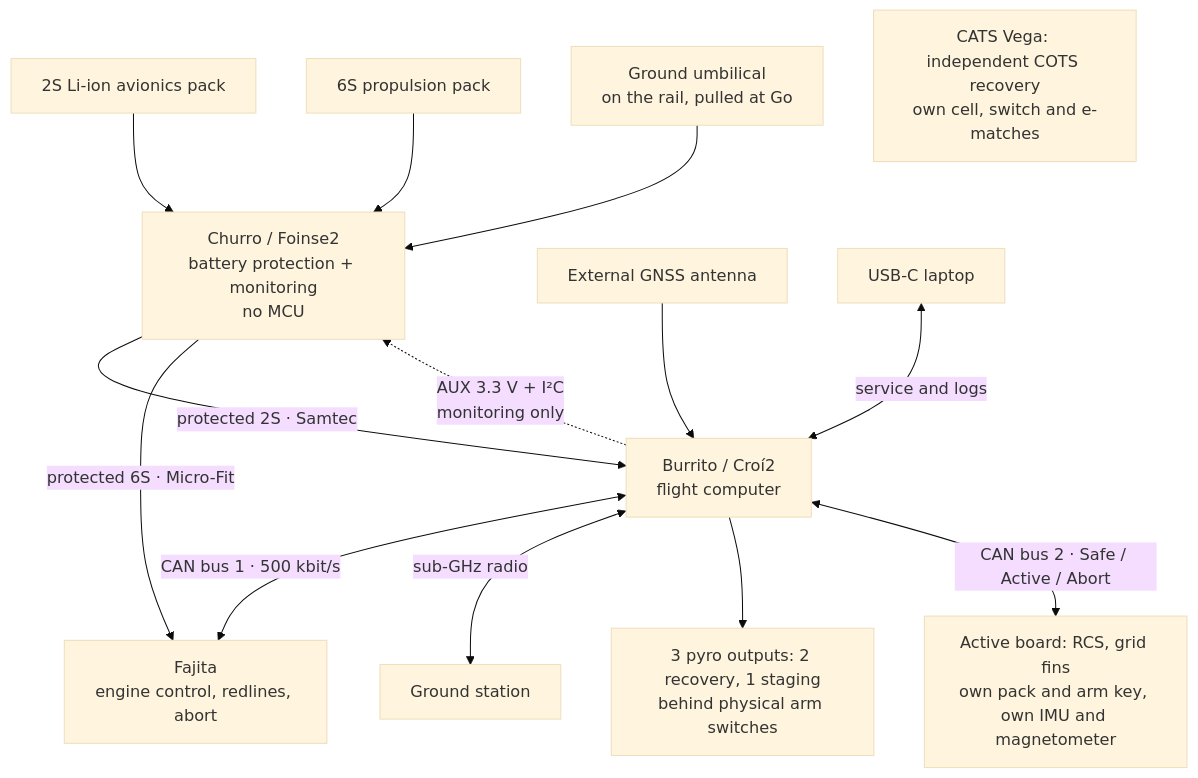
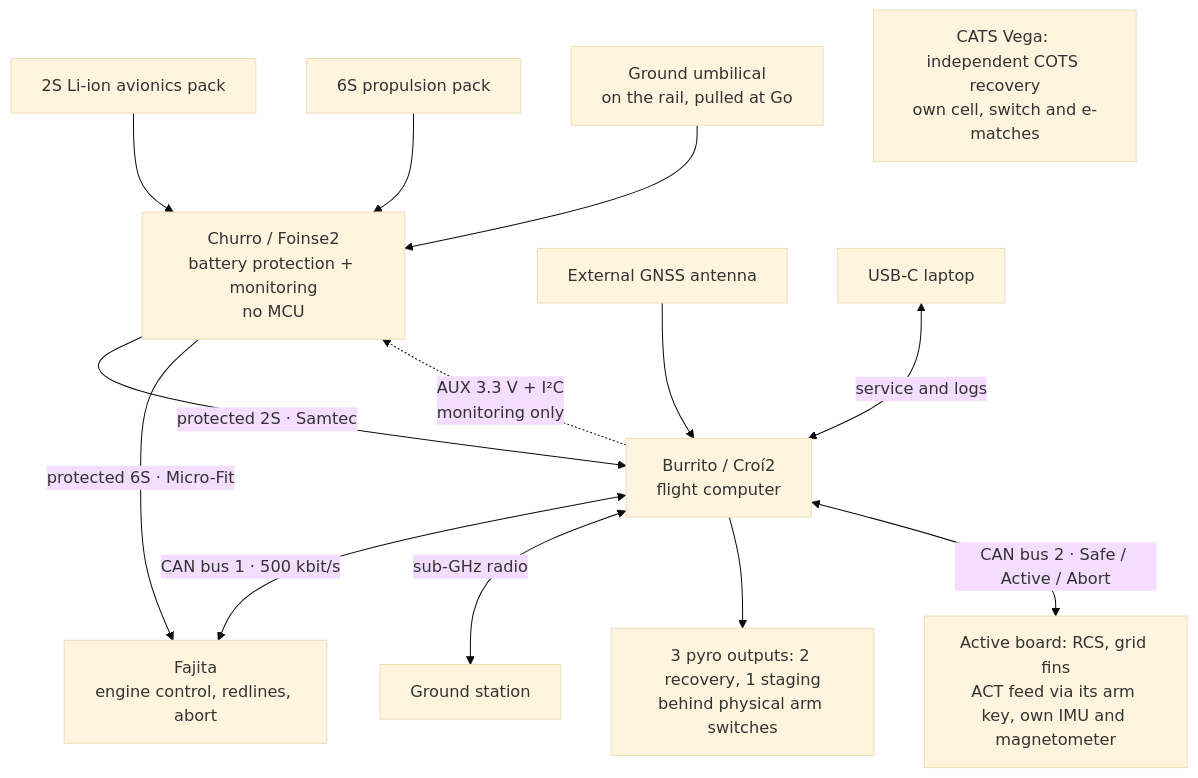
The first of 3 diagrams in docs/architecture/system-tour.md (ULAS-HiPR/Ogma2), drawn with Mermaid (base theme) before and after one commit. The commit also changed other lines of this file and 12 other files, not shown here.

````diff
--- a/docs/architecture/system-tour.md
+++ b/docs/architecture/system-tour.md
@@ -11,26 +11,26 @@
 ```mermaid
 flowchart TB
   AV["2S Li-ion avionics pack"] --> C["Churro / Foinse2
 battery protection + monitoring
 no MCU"]
   PROP["6S propulsion pack"] --> C
   UM["Ground umbilical
 on the rail, pulled at Go"] --> C
   C -->|"protected 2S · Samtec"| B["Burrito / Croí2
 flight computer"]
   C -->|"protected 6S · Micro-Fit"| F["Fajita
 engine control, redlines, abort"]
   B <-->|"CAN bus 1 · 500 kbit/s"| F
   B -.->|"AUX 3.3 V + I²C
 monitoring only"| C
   B <-->|"sub-GHz radio"| G["Ground station"]
   A["External GNSS antenna"] --> B
   U["USB-C laptop"] <-->|"service and logs"| B
   B --> O["3 pyro outputs: 2 recovery, 1 staging
 behind physical arm switches"]
   I["CATS Vega: independent COTS recovery
 own cell, switch and e-matches"]
   N["Active board: RCS, grid fins
-own pack and arm key, own IMU and magnetometer"]
+ACT feed via its arm key, own IMU and magnetometer"]
   B <-->|"CAN bus 2 · Safe / Active / Abort"| N
 ```
````
